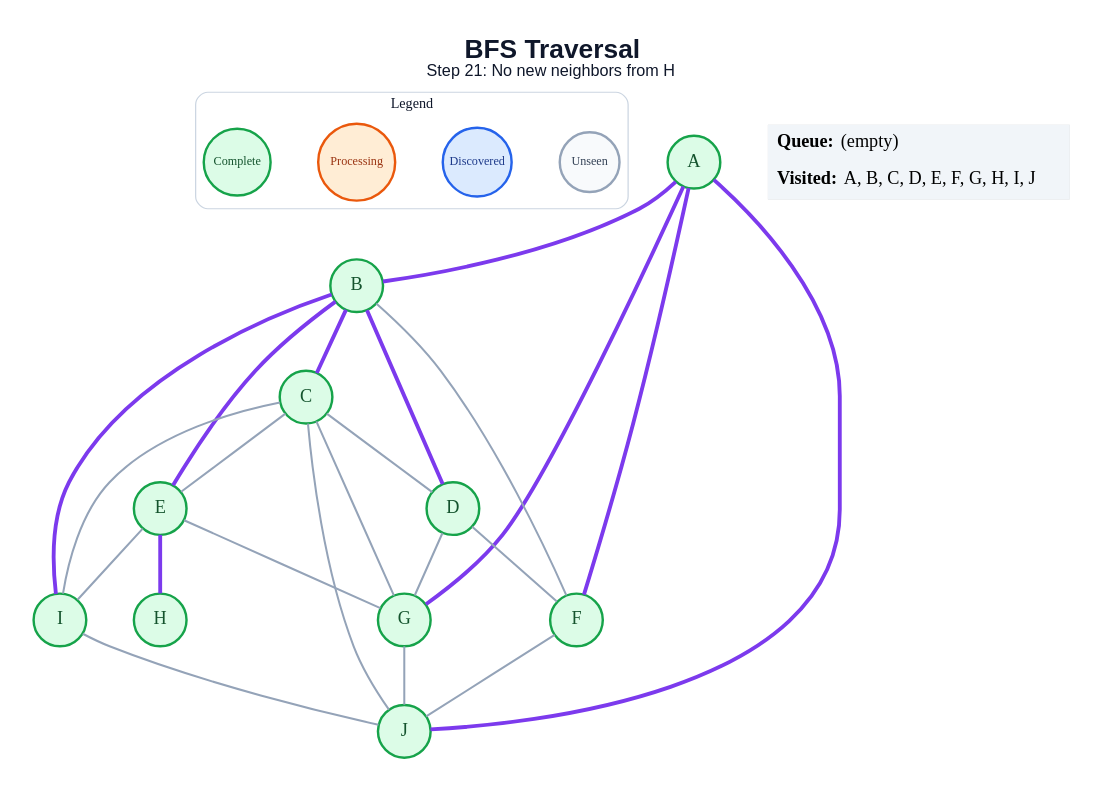
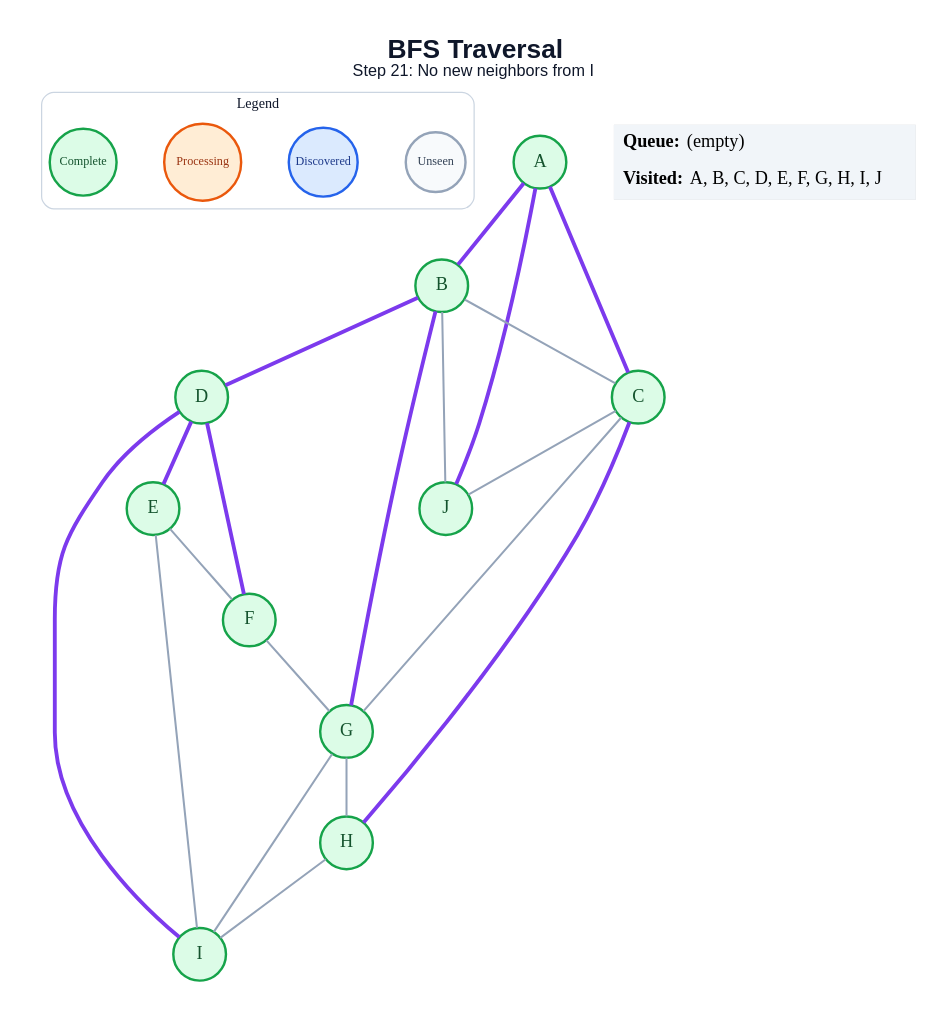
The diagram in generated/bfs/step_21.dot (amanghodawala9/ai-slop), drawn with Graphviz before and after one commit. The commit also changed 178 other files, not shown here.

```diff
--- a/generated/bfs/step_21.dot
+++ b/generated/bfs/step_21.dot
@@ -1,51 +1,48 @@
 graph traversal {
   graph [layout=dot, rankdir=TB, bgcolor="#FFFFFF", pad="0.35", nodesep="0.65", ranksep="0.8", fontname="Arial"];
   node [shape=circle, style="filled", fontname="Arial Bold", fontsize=18, width=0.72, fixedsize=true, penwidth=2.4];
   edge [color="#94A3B8", penwidth=2.0];
-  label=<<B>BFS Traversal</B><BR/><FONT POINT-SIZE="16">Step 21: No new neighbors from H</FONT>>; labelloc="t"; fontsize=26; fontname="Arial"; fontcolor="#0F172A";
+  label=<<B>BFS Traversal</B><BR/><FONT POINT-SIZE="16">Step 21: No new neighbors from I</FONT>>; labelloc="t"; fontsize=26; fontname="Arial"; fontcolor="#0F172A";
   subgraph cluster_legend { label="Legend"; color="#CBD5E1"; penwidth=1.2; style="rounded"; fontsize=14; fontname="Arial Bold";
     key_unseen [label="Unseen", fillcolor="#F8FAFC", color="#94A3B8", fontcolor="#334155", fontsize=12, width=0.82];
     key_frontier [label="Discovered", fillcolor="#DBEAFE", color="#2563EB", fontcolor="#1E3A8A", fontsize=12, width=0.95];
     key_current [label="Processing", fillcolor="#FFEDD5", color="#EA580C", fontcolor="#9A3412", fontsize=12, width=1.05];
     key_done [label="Complete", fillcolor="#DCFCE7", color="#16A34A", fontcolor="#14532D", fontsize=12, width=0.92];
     { rank=same; key_unseen; key_frontier; key_current; key_done; }
   }
   A [fillcolor="#DCFCE7", color="#16A34A", fontcolor="#14532D"];
   B [fillcolor="#DCFCE7", color="#16A34A", fontcolor="#14532D"];
   C [fillcolor="#DCFCE7", color="#16A34A", fontcolor="#14532D"];
   D [fillcolor="#DCFCE7", color="#16A34A", fontcolor="#14532D"];
   E [fillcolor="#DCFCE7", color="#16A34A", fontcolor="#14532D"];
   F [fillcolor="#DCFCE7", color="#16A34A", fontcolor="#14532D"];
   G [fillcolor="#DCFCE7", color="#16A34A", fontcolor="#14532D"];
   H [fillcolor="#DCFCE7", color="#16A34A", fontcolor="#14532D"];
   I [fillcolor="#DCFCE7", color="#16A34A", fontcolor="#14532D"];
   J [fillcolor="#DCFCE7", color="#16A34A", fontcolor="#14532D"];
   A -- B [color="#7C3AED", penwidth=3.8];
-  A -- F [color="#7C3AED", penwidth=3.8];
-  A -- G [color="#7C3AED", penwidth=3.8];
+  A -- C [color="#7C3AED", penwidth=3.8];
   A -- J [color="#7C3AED", penwidth=3.8];
-  B -- C [color="#7C3AED", penwidth=3.8];
+  B -- C;
   B -- D [color="#7C3AED", penwidth=3.8];
-  B -- E [color="#7C3AED", penwidth=3.8];
-  B -- F;
-  B -- I [color="#7C3AED", penwidth=3.8];
-  C -- D;
-  C -- E;
+  B -- G [color="#7C3AED", penwidth=3.8];
+  B -- J;
   C -- G;
-  C -- I;
+  C -- H [color="#7C3AED", penwidth=3.8];
   C -- J;
-  D -- F;
-  D -- G;
-  E -- G;
-  E -- H [color="#7C3AED", penwidth=3.8];
+  D -- E [color="#7C3AED", penwidth=3.8];
+  D -- F [color="#7C3AED", penwidth=3.8];
+  D -- I [color="#7C3AED", penwidth=3.8];
+  E -- F;
   E -- I;
-  F -- J;
-  G -- J;
-  I -- J;
+  F -- G;
+  G -- H;
+  G -- I;
+  H -- I;
   status [shape=plain, fixedsize=false, width=0, height=0, margin=0, label=<
     <TABLE BORDER="0" CELLBORDER="0" CELLPADDING="7" BGCOLOR="#F1F5F9">
       <TR><TD ALIGN="LEFT"><B>Queue:</B> (empty)</TD></TR>
       <TR><TD ALIGN="LEFT"><B>Visited:</B> A, B, C, D, E, F, G, H, I, J</TD></TR>
     </TABLE>
   >];
 }
```
